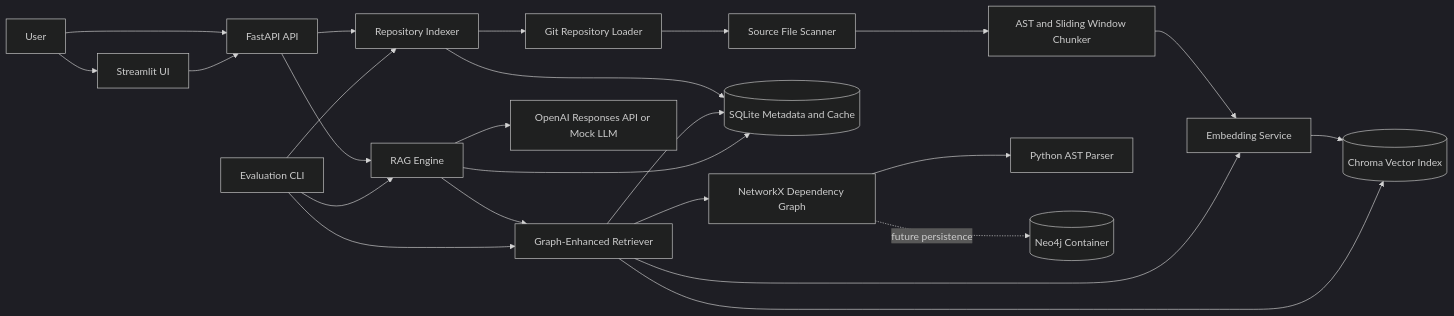
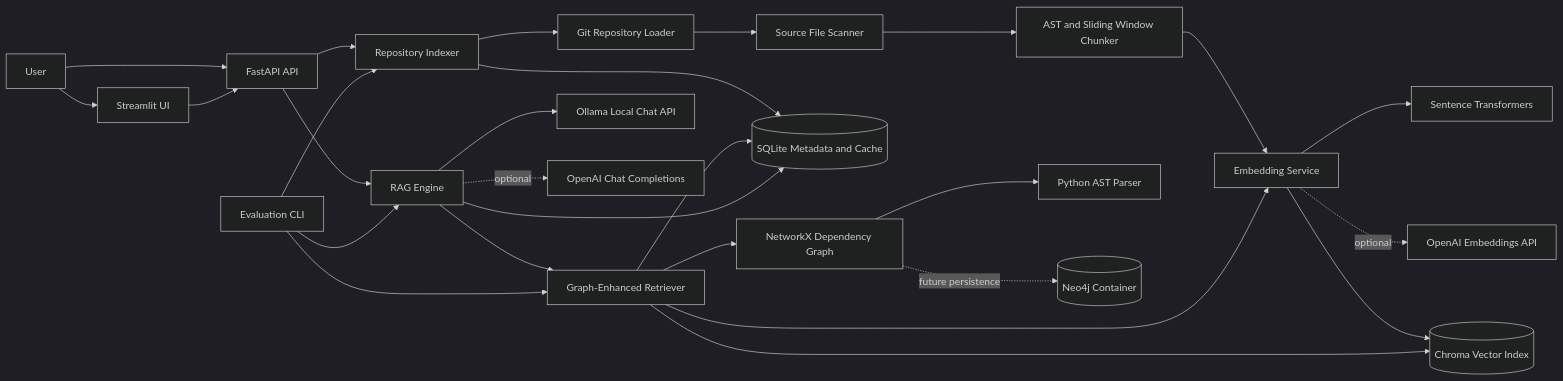
One commit to hannahtjacob/ai-codebase-engineer changed the diagram in README.md. Above: the diagram before and after it, drawn with Mermaid (dark theme). The commit also changed other lines of this file and 27 other files, not shown here.

````diff
--- a/README.md
+++ b/README.md
@@ -41,31 +43,34 @@
 ```mermaid
 flowchart LR
     User[User] --> UI[Streamlit UI]
     User --> API[FastAPI API]
     UI --> API
 
     API --> Indexer[Repository Indexer]
     Indexer --> Loader[Git Repository Loader]
     Loader --> Scanner[Source File Scanner]
     Scanner --> Chunker[AST and Sliding Window Chunker]
     Chunker --> Embeddings[Embedding Service]
+    Embeddings --> LocalModel[Sentence Transformers]
+    Embeddings -. optional .-> OpenAIEmbeddings[OpenAI Embeddings API]
     Embeddings --> Chroma[(Chroma Vector Index)]
     Indexer --> SQLite[(SQLite Metadata and Cache)]
 
     API --> RAG[RAG Engine]
     RAG --> Retriever[Graph-Enhanced Retriever]
     Retriever --> Embeddings
     Retriever --> Chroma
     Retriever --> Graph[NetworkX Dependency Graph]
     Graph --> AST[Python AST Parser]
     Retriever --> SQLite
-    RAG --> LLM[OpenAI Responses API or Mock LLM]
+    RAG --> Ollama[Ollama Local Chat API]
+    RAG -. optional .-> OpenAILLM[OpenAI Chat Completions]
     RAG --> SQLite
 
     Eval[Evaluation CLI] --> Indexer
     Eval --> Retriever
     Eval --> RAG
 
     Neo4j[(Neo4j Container)]
     Graph -. future persistence .-> Neo4j
 ```
````
